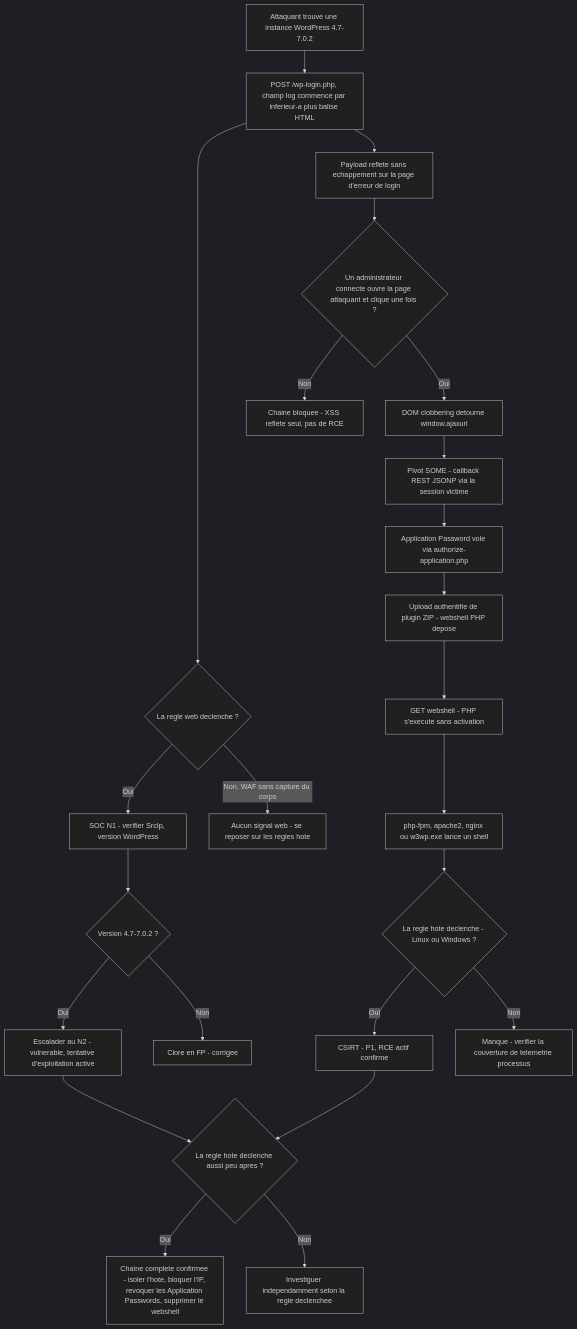
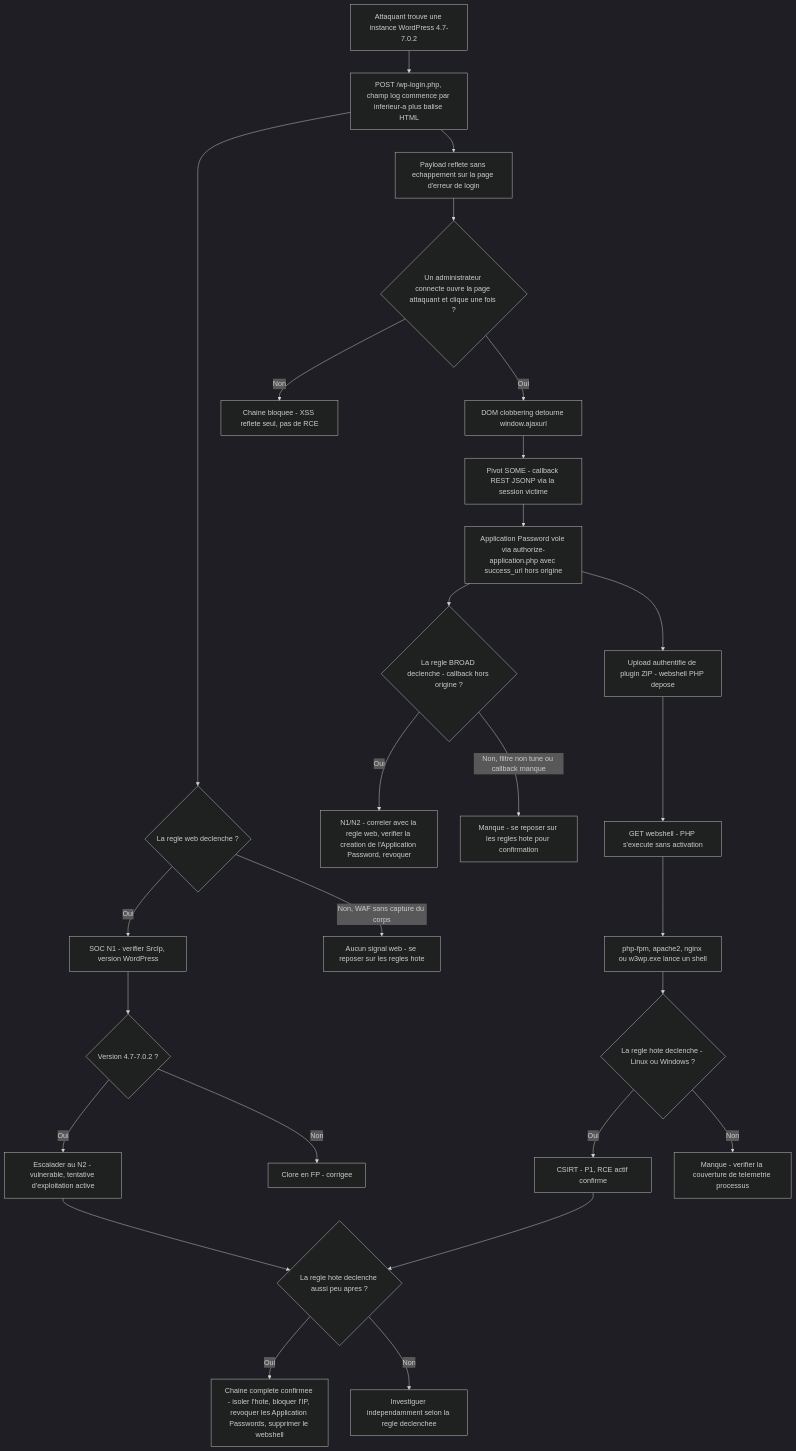
The diagram in CVE-2026-64638_wordpress_xss2shell_RCE/diagrams/DIAGRAM_CVE_2026_64638_ATTACK_DETECTION_RESPONSE_FR.mmd (Hatchepsoute/sigma-rules), drawn with Mermaid (dark theme) before and after one commit. The commit also changed 28 other files, not shown here.

```diff
--- a/CVE-2026-64638_wordpress_xss2shell_RCE/diagrams/DIAGRAM_CVE_2026_64638_ATTACK_DETECTION_RESPONSE_FR.mmd
+++ b/CVE-2026-64638_wordpress_xss2shell_RCE/diagrams/DIAGRAM_CVE_2026_64638_ATTACK_DETECTION_RESPONSE_FR.mmd
@@ -1,28 +1,31 @@
 flowchart TD
     A[Attaquant trouve une instance WordPress 4.7-7.0.2] --> B[POST /wp-login.php, champ log commence par inferieur-a plus balise HTML]
     B --> C{La regle web declenche ?}
     C -- Oui --> D[SOC N1 - verifier SrcIp, version WordPress]
     D --> E{Version 4.7-7.0.2 ?}
     E -- Oui --> F[Escalader au N2 - vulnerable, tentative d'exploitation active]
     E -- Non --> G[Clore en FP - corrigee]
     C -- Non, WAF sans capture du corps --> H[Aucun signal web - se reposer sur les regles hote]
 
     B --> I[Payload reflete sans echappement sur la page d'erreur de login]
     I --> J{Un administrateur connecte ouvre la page attaquant et clique une fois ?}
     J -- Non --> K[Chaine bloquee - XSS reflete seul, pas de RCE]
     J -- Oui --> L[DOM clobbering detourne window.ajaxurl]
 
     L --> M[Pivot SOME - callback REST JSONP via la session victime]
-    M --> N[Application Password vole via authorize-application.php]
+    M --> N[Application Password vole via authorize-application.php avec success_url hors origine]
+    N --> N2{La regle BROAD declenche - callback hors origine ?}
+    N2 -- Oui --> N3[N1/N2 - correler avec la regle web, verifier la creation de l'Application Password, revoquer]
+    N2 -- Non, filtre non tune ou callback manque --> N4[Manque - se reposer sur les regles hote pour confirmation]
     N --> O[Upload authentifie de plugin ZIP - webshell PHP depose]
     O --> P[GET webshell - PHP s'execute sans activation]
 
     P --> Q[php-fpm, apache2, nginx ou w3wp.exe lance un shell]
     Q --> R{La regle hote declenche - Linux ou Windows ?}
     R -- Oui --> S[CSIRT - P1, RCE actif confirme]
     R -- Non --> T[Manque - verifier la couverture de telemetrie processus]
 
     F --> U{La regle hote declenche aussi peu apres ?}
     S --> U
     U -- Oui --> V[Chaine complete confirmee - isoler l'hote, bloquer l'IP, revoquer les Application Passwords, supprimer le webshell]
     U -- Non --> W[Investiguer independamment selon la regle declenchee]
```
